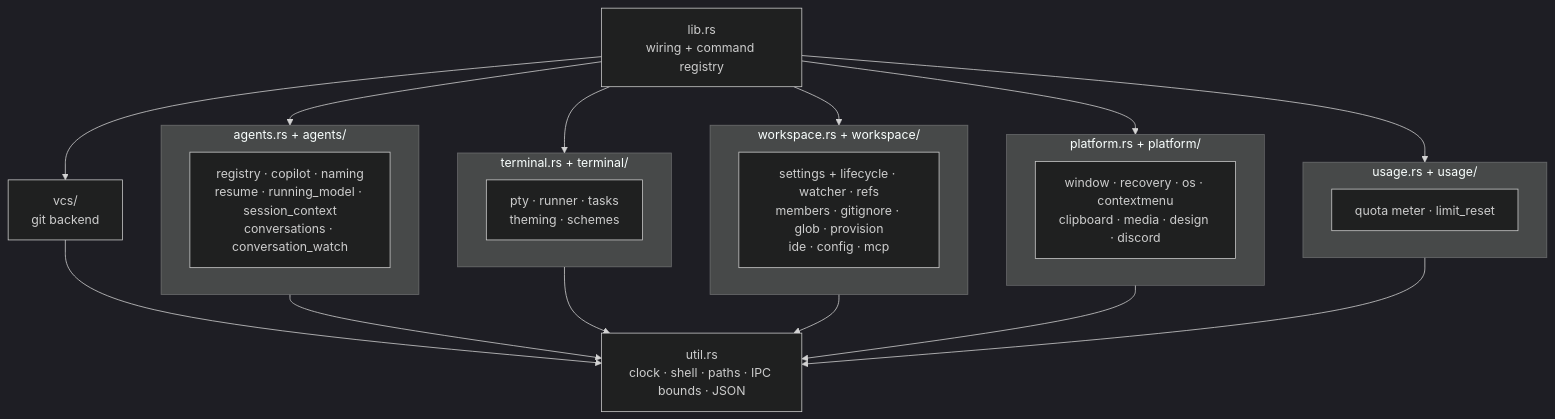
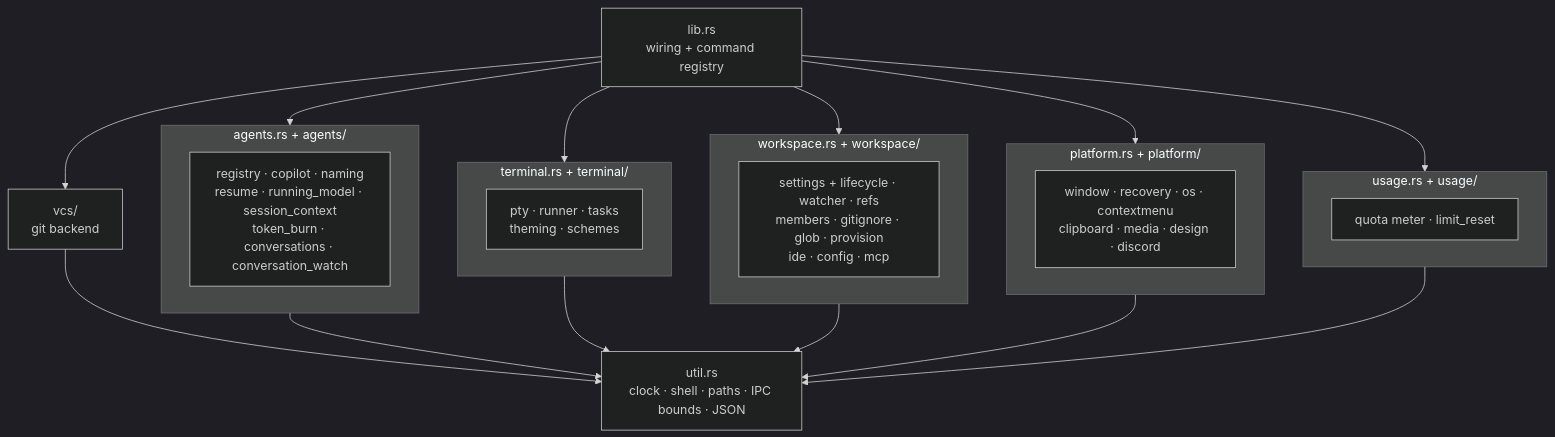
Diagram 12 of 13 in ARCHITECTURE.md (avi12/pade), drawn with Mermaid (dark theme) before and after one commit. The commit also changed other lines of this file and 18 other files, not shown here.

````diff
--- a/ARCHITECTURE.md
+++ b/ARCHITECTURE.md
@@ -1119,23 +1121,23 @@
 ```mermaid
 flowchart TB
   Lib["lib.rs<br/>wiring + command registry"]
   subgraph Agents["agents.rs + agents/"]
-    A1["registry · copilot · naming<br/>resume · running_model · session_context<br/>conversations · conversation_watch"]
+    A1["registry · copilot · naming<br/>resume · running_model · session_context<br/>token_burn · conversations · conversation_watch"]
   end
   subgraph Terminal["terminal.rs + terminal/"]
     T1["pty · runner · tasks<br/>theming · schemes"]
   end
   subgraph Workspace["workspace.rs + workspace/"]
     W1["settings + lifecycle · watcher · refs<br/>members · gitignore · glob · provision<br/>ide · config · mcp"]
   end
   subgraph Platform["platform.rs + platform/"]
     P1["window · recovery · os · contextmenu<br/>clipboard · media · design · discord"]
   end
   subgraph Usage["usage.rs + usage/"]
     U1["quota meter · limit_reset"]
   end
   Vcs["vcs/<br/>git backend"]
   Util["util.rs<br/>clock · shell · paths · IPC bounds · JSON"]
   Lib --> Agents & Terminal & Workspace & Platform & Usage & Vcs
   Agents & Terminal & Workspace & Platform & Usage & Vcs --> Util
 ```
````
